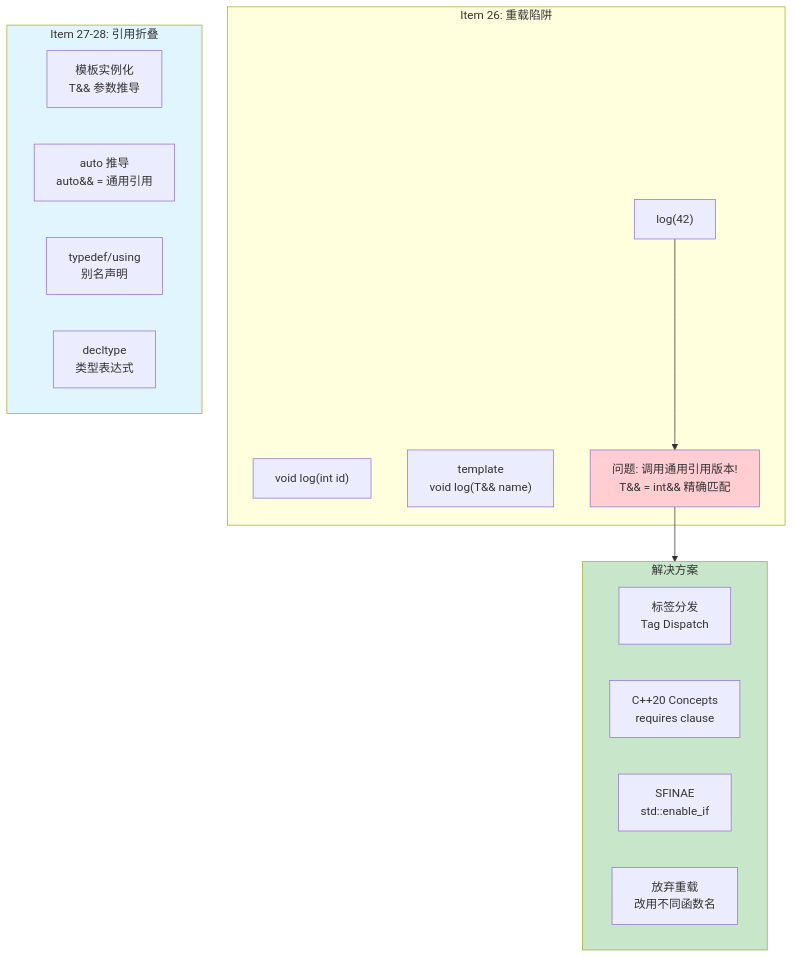
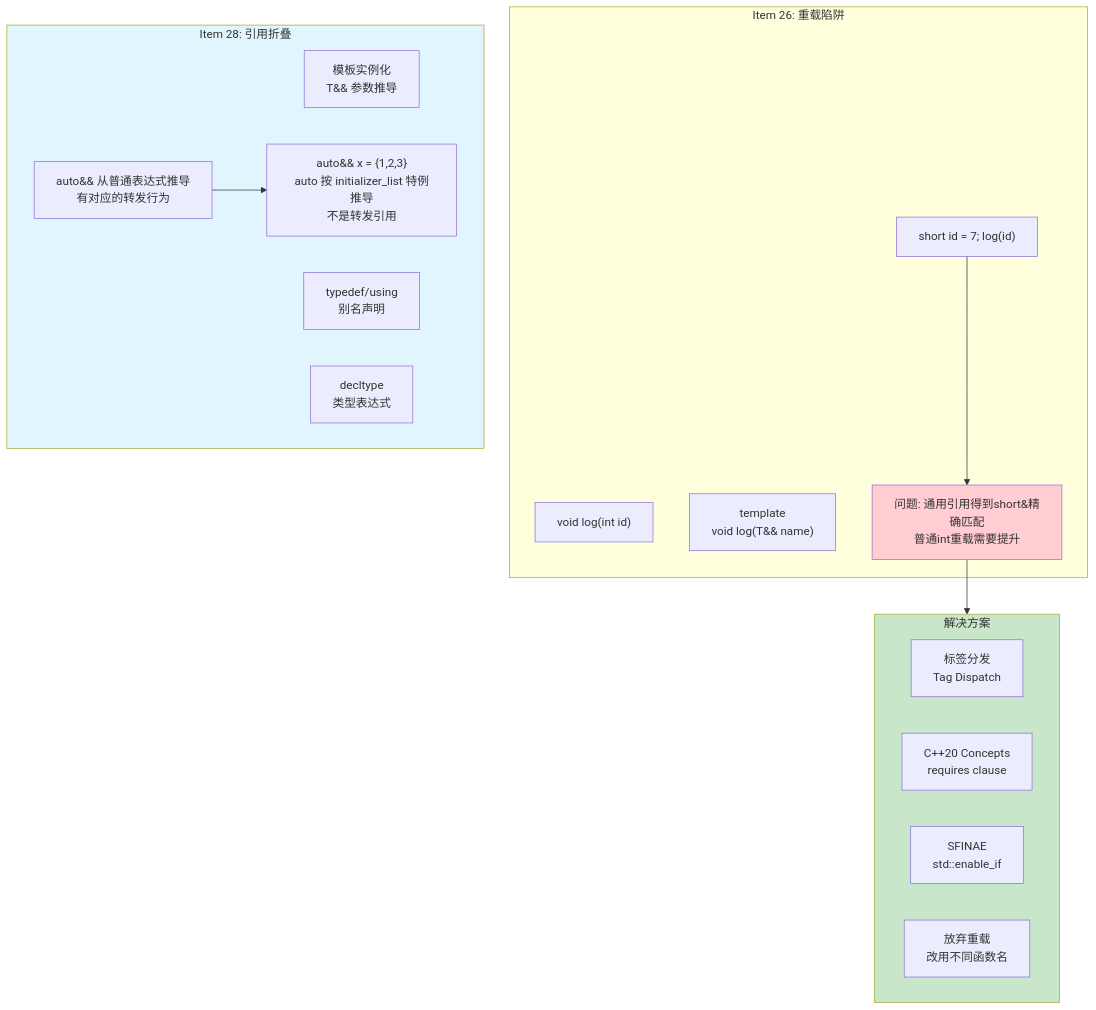
One commit to mlbo/cpp_learning changed the third of 5 diagrams in week_04/day_24/README.md. Above: the diagram before and after it, drawn with Mermaid. The commit also changed other lines of this file and 675 other files, not shown here.

````diff
--- a/week_04/day_24/README.md
+++ b/week_04/day_24/README.md
@@ -409,30 +437,32 @@
 ```mermaid
 flowchart TB
     subgraph 问题["Item 26: 重载陷阱"]
         OVERLOAD1["void log(int id)"]
         OVERLOAD2["template<T><br/>void log(T&& name)"]
-        CALL["log(42)"]
-        PROBLEM["问题: 调用通用引用版本!<br/>T&& = int&& 精确匹配"]
+        CALL["short id = 7; log(id)"]
+        PROBLEM["问题: 通用引用得到short&精确匹配<br/>普通int重载需要提升"]
     end
     
     subgraph 解决方案["解决方案"]
         TAG["标签分发<br/>Tag Dispatch"]
         CONCEPT["C++20 Concepts<br/>requires clause"]
         SFINAE["SFINAE<br/>std::enable_if"]
         NO_OVERLOAD["放弃重载<br/>改用不同函数名"]
     end
     
-    subgraph 折叠["Item 27-28: 引用折叠"]
+    subgraph 折叠["Item 28: 引用折叠"]
         CONTEXT1["模板实例化<br/>T&& 参数推导"]
-        CONTEXT2["auto 推导<br/>auto&& = 通用引用"]
+        CONTEXT2["auto&& 从普通表达式推导<br/>有对应的转发行为"]
+        AUTO_LIST["auto&& x = {1,2,3}<br/>auto 按 initializer_list 特例推导<br/>不是转发引用"]
         CONTEXT3["typedef/using<br/>别名声明"]
         CONTEXT4["decltype<br/>类型表达式"]
     end
     
+    CONTEXT2 --> AUTO_LIST
     CALL --> PROBLEM
     PROBLEM --> 解决方案
     
     style PROBLEM fill:#ffcdd2
     style 解决方案 fill:#c8e6c9
     style 折叠 fill:#e1f5fe
 ```
````
